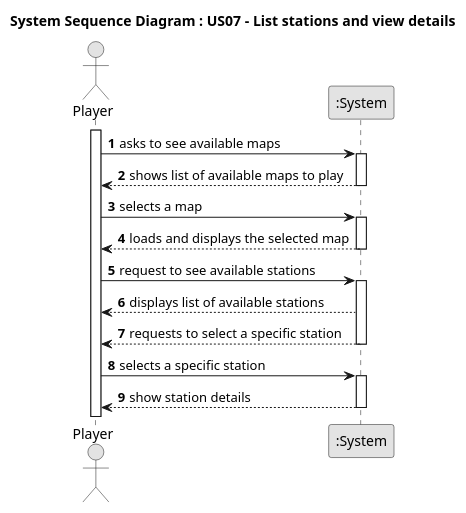
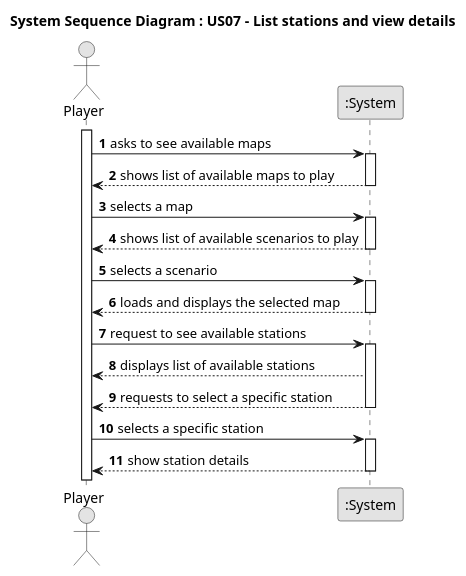
Before and after one commit to HenriqueSilva18/Railway-Network-Simulator: the diagram in docs/system-documentation/Sprint 2/US07/01.requirements-engineering/puml/US007-SSD.puml, drawn with PlantUML. The commit also changed 14 other files, not shown here.

```diff
--- a/docs/system-documentation/Sprint 2/US07/01.requirements-engineering/puml/US007-SSD.puml
+++ b/docs/system-documentation/Sprint 2/US07/01.requirements-engineering/puml/US007-SSD.puml
@@ -1,38 +1,42 @@
 @startuml
 
 skinparam monochrome true
 skinparam packageStyle rectangle
 skinparam shadowing false
 autonumber
 
 title System Sequence Diagram : US07 - List stations and view details
 
 actor "Player" as Player
 participant ":System" as ListStationUI
 
 activate Player
-Player -> ListStationUI : asks to see available maps
+Player -> ListStationUI: asks to see available maps
+activate ListStationUI
+ListStationUI --> Player: shows list of available maps to play
+deactivate ListStationUI
+Player -> ListStationUI: selects a map
+activate ListStationUI
+ListStationUI --> Player: shows list of available scenarios to play
+deactivate ListStationUI
+Player -> ListStationUI : selects a scenario
 activate ListStationUI
 
-ListStationUI --> Player: shows list of available maps to play
+ListStationUI --> Player: loads and displays the selected map
 deactivate ListStationUI
 
-Player -> ListStationUI: selects a map
 
-activate ListStationUI
-ListStationUI --> Player: loads and displays the selected map
-deactivate ListStationUI
 Player -> ListStationUI : request to see available stations
 activate ListStationUI
 
 ListStationUI --> Player : displays list of available stations
 ListStationUI --> Player : requests to select a specific station
 deactivate ListStationUI
 
 Player -> ListStationUI : selects a specific station
 activate ListStationUI
 
 ListStationUI --> Player : show station details
 deactivate ListStationUI
 
 @enduml
```
